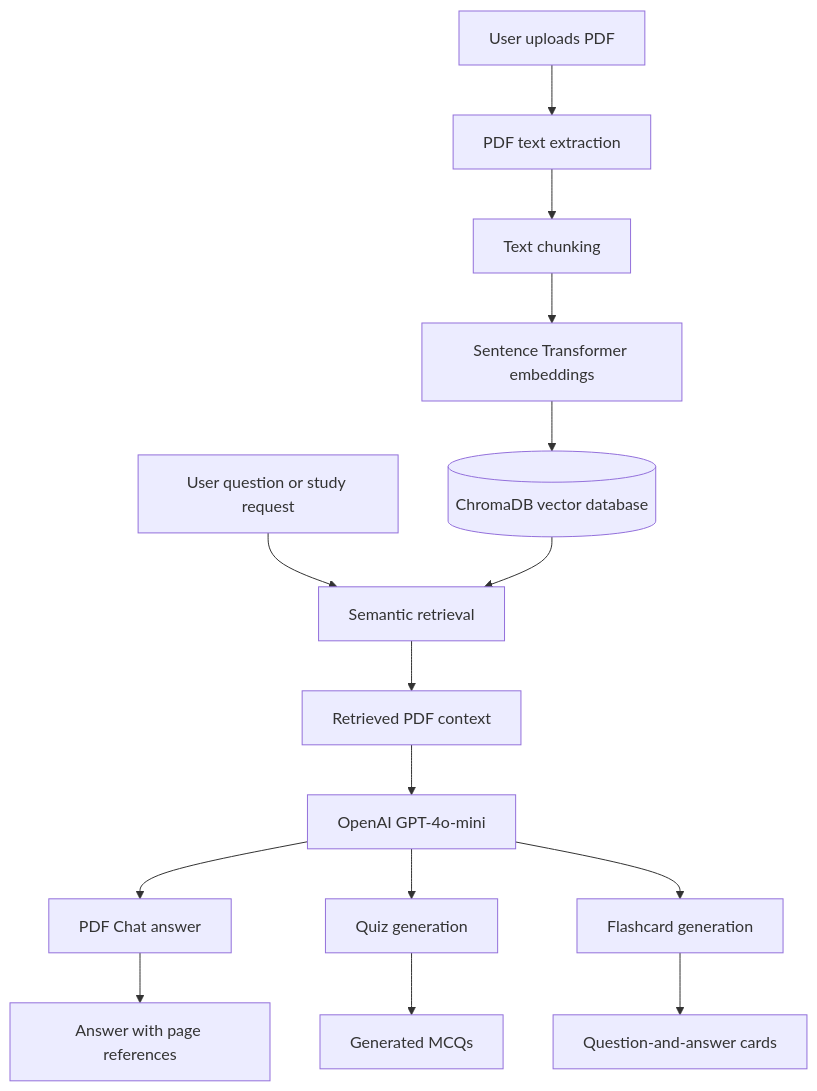
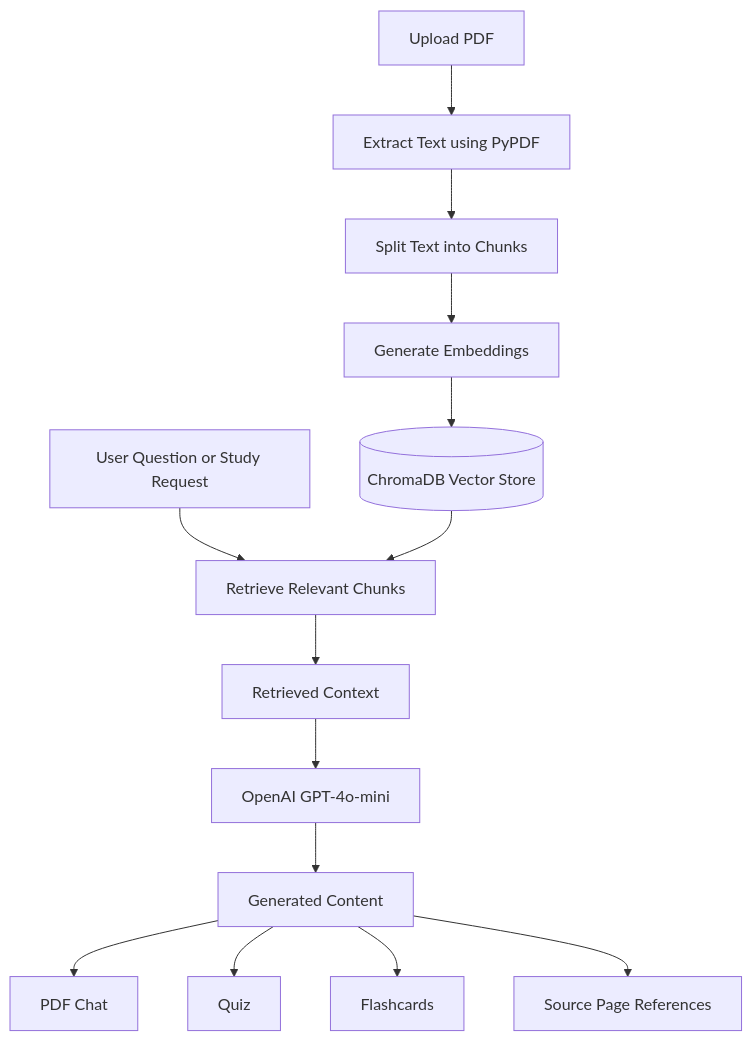
One commit to mahesh001-sys/edupulse-ai changed the diagram in README.md. Above: the diagram before and after it, drawn with Mermaid. The commit also changed other lines of this file, not shown here.

````diff
--- a/README.md
+++ b/README.md
@@ -58,20 +91,18 @@
 ```mermaid
 flowchart TD
-    A[User uploads PDF] --> B[PDF text extraction]
-    B --> C[Text chunking]
-    C --> D[Sentence Transformer embeddings]
-    D --> E[(ChromaDB vector database)]
+    A[Upload PDF] --> B[Extract Text using PyPDF]
+    B --> C[Split Text into Chunks]
+    C --> D[Generate Embeddings]
+    D --> E[(ChromaDB Vector Store)]
 
-    F[User question or study request] --> G[Semantic retrieval]
+    F[User Question or Study Request] --> G[Retrieve Relevant Chunks]
     E --> G
-    G --> H[Retrieved PDF context]
+    G --> H[Retrieved Context]
     H --> I[OpenAI GPT-4o-mini]
+    I --> J[Generated Content]
 
-    I --> J[PDF Chat answer]
-    I --> K[Quiz generation]
-    I --> L[Flashcard generation]
-
-    J --> M[Answer with page references]
-    K --> N[Generated MCQs]
-    L --> O[Question-and-answer cards]
+    J --> K[PDF Chat]
+    J --> L[Quiz]
+    J --> M[Flashcards]
+    J --> N[Source Page References]
 ```
````
